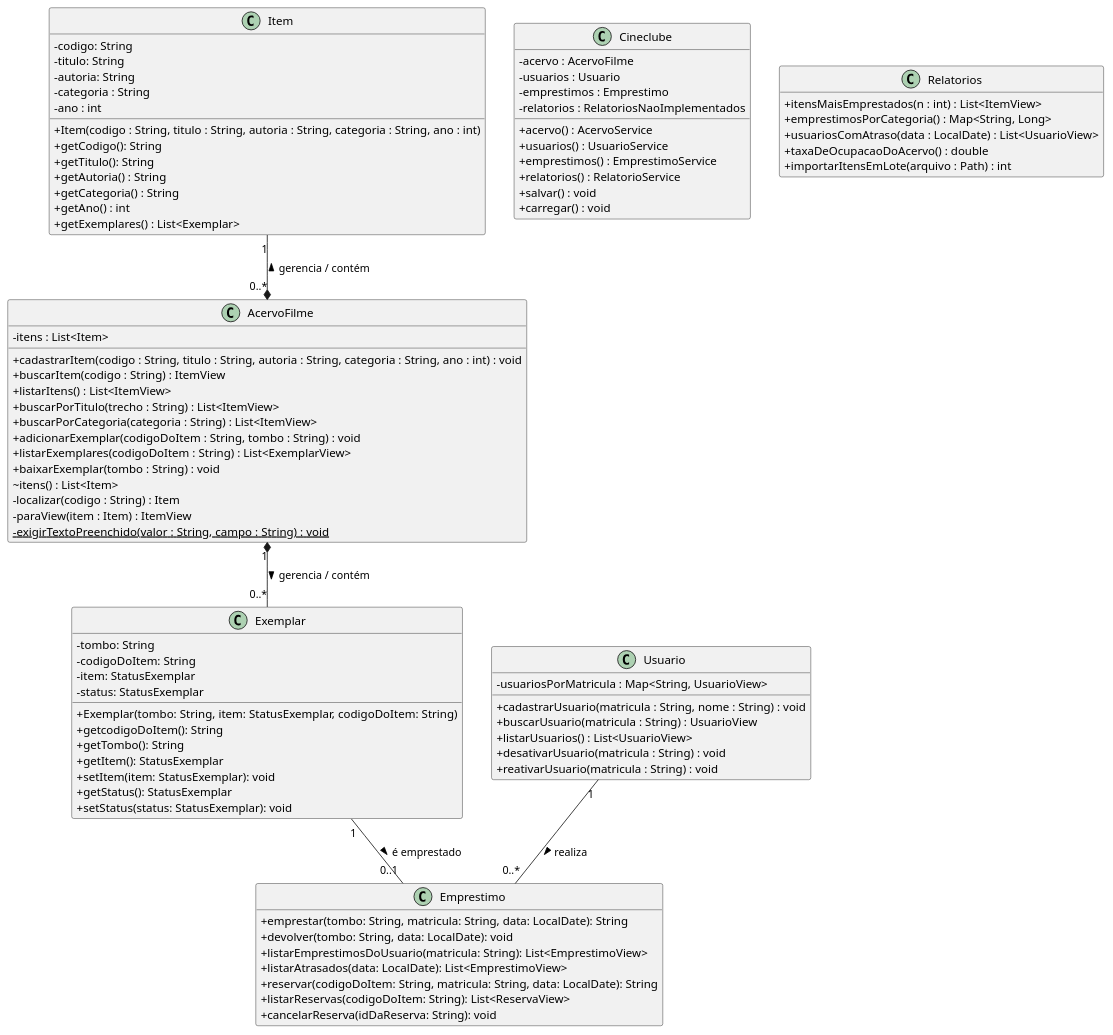
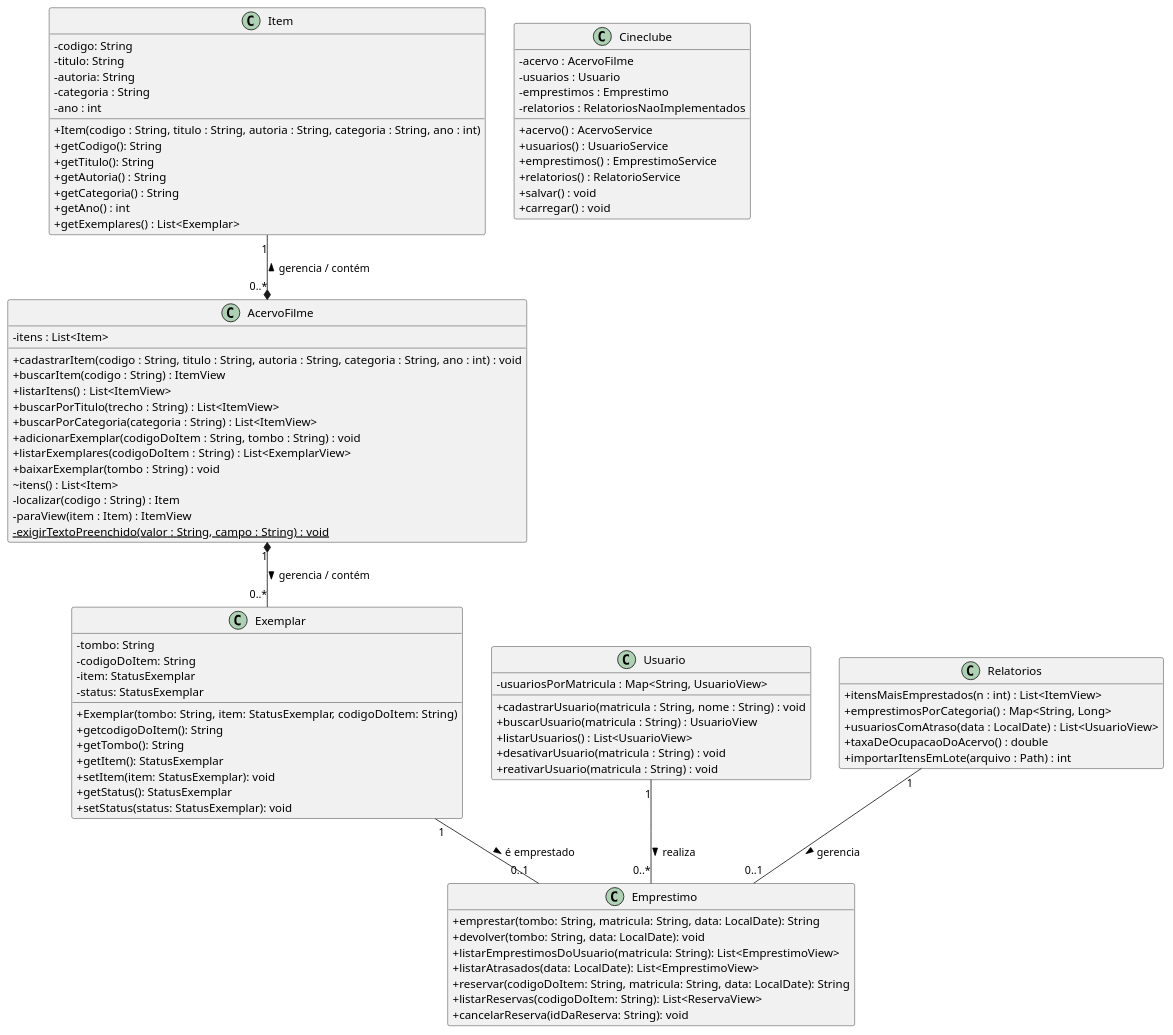
The diagram in docs/modelo.puml (poo-dcx-2026-2/Alta-Cupula), drawn with PlantUML before and after one commit. The commit also changed 5 other files, not shown here.

```diff
--- a/docs/modelo.puml
+++ b/docs/modelo.puml
@@ -1,107 +1,108 @@
 @startuml
 ' Modelo de domínio do sistema: Entrega 1.
 '
 ' Este arquivo é o ponto de partida. Substitua pelo modelo da sua equipe.
 ' O diagrama precisa corresponder ao código entregue.
 '
 ' Para gerar a imagem: instale o plugin PlantUML no IntelliJ, ou use
 '   plantuml docs/modelo.puml
 ' e versione a imagem gerada ao lado deste arquivo.
 
 skinparam classAttributeIconSize 0
 hide empty members
 
 class Item {
  - codigo: String
  - titulo: String
  - autoria: String
  - categoria : String
  - ano : int
 
  + Item(codigo : String, titulo : String, autoria : String, categoria : String, ano : int)
  + getCodigo(): String
  + getTitulo(): String
  + getAutoria() : String
  + getCategoria() : String
  + getAno() : int
  + getExemplares() : List<Exemplar>
 }
 
 class Exemplar {
     - tombo: String
     - codigoDoItem: String
     - item: StatusExemplar
     - status: StatusExemplar
 
     + Exemplar(tombo: String, item: StatusExemplar, codigoDoItem: String)
     + getcodigoDoItem(): String
     + getTombo(): String
     + getItem(): StatusExemplar
     + setItem(item: StatusExemplar): void
     + getStatus(): StatusExemplar
     + setStatus(status: StatusExemplar): void
 }
 
 class Usuario {
  - usuariosPorMatricula : Map<String, UsuarioView>
 
  + cadastrarUsuario(matricula : String, nome : String) : void
  + buscarUsuario(matricula : String) : UsuarioView
  + listarUsuarios() : List<UsuarioView>
  + desativarUsuario(matricula : String) : void
  + reativarUsuario(matricula : String) : void
 }
 class Cineclube {
         - acervo : AcervoFilme
         - usuarios : Usuario
         - emprestimos : Emprestimo
         - relatorios : RelatoriosNaoImplementados
         + acervo() : AcervoService
         + usuarios() : UsuarioService
         + emprestimos() : EmprestimoService
         + relatorios() : RelatorioService
         + salvar() : void
         + carregar() : void
 }
 class Relatorios {
         + itensMaisEmprestados(n : int) : List<ItemView>
         + emprestimosPorCategoria() : Map<String, Long>
         + usuariosComAtraso(data : LocalDate) : List<UsuarioView>
         + taxaDeOcupacaoDoAcervo() : double
         + importarItensEmLote(arquivo : Path) : int
 }
 class AcervoFilme {
         - itens : List<Item>
         + cadastrarItem(codigo : String, titulo : String, autoria : String, categoria : String, ano : int) : void
         + buscarItem(codigo : String) : ItemView
         + listarItens() : List<ItemView>
         + buscarPorTitulo(trecho : String) : List<ItemView>
         + buscarPorCategoria(categoria : String) : List<ItemView>
         + adicionarExemplar(codigoDoItem : String, tombo : String) : void
         + listarExemplares(codigoDoItem : String) : List<ExemplarView>
         + baixarExemplar(tombo : String) : void
         ~ itens() : List<Item>
         - localizar(codigo : String) : Item
         - paraView(item : Item) : ItemView
         {static} - exigirTextoPreenchido(valor : String, campo : String) : void
 
 }
 
 class Emprestimo {
     + emprestar(tombo: String, matricula: String, data: LocalDate): String
     + devolver(tombo: String, data: LocalDate): void
     + listarEmprestimosDoUsuario(matricula: String): List<EmprestimoView>
     + listarAtrasados(data: LocalDate): List<EmprestimoView>
     + reservar(codigoDoItem: String, matricula: String, data: LocalDate): String
     + listarReservas(codigoDoItem: String): List<ReservaView>
     + cancelarReserva(idDaReserva: String): void
 }
 
 AcervoFilme "1" *-- "0..*" Exemplar : gerencia / contém >
 Usuario "1" -- "0..*" Emprestimo : realiza >
 Exemplar "1" -- "0..1" Emprestimo : é emprestado >
+Relatorios "1" -- "0..1" Emprestimo : gerencia >
 Item "1" --* "0..*" AcervoFilme : gerencia / contém <
 
 
 
 @enduml
```
